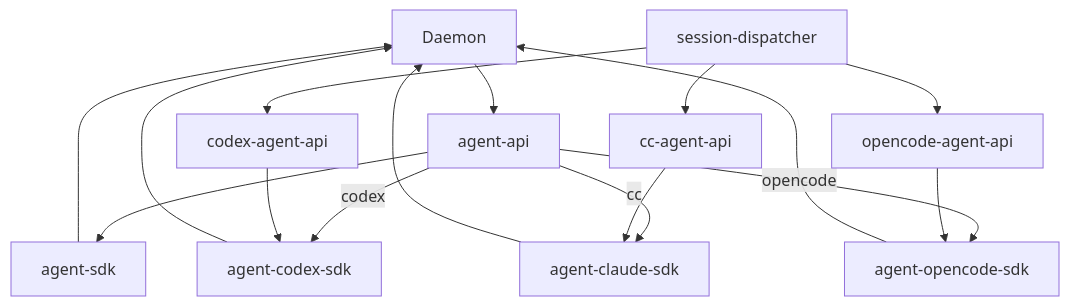
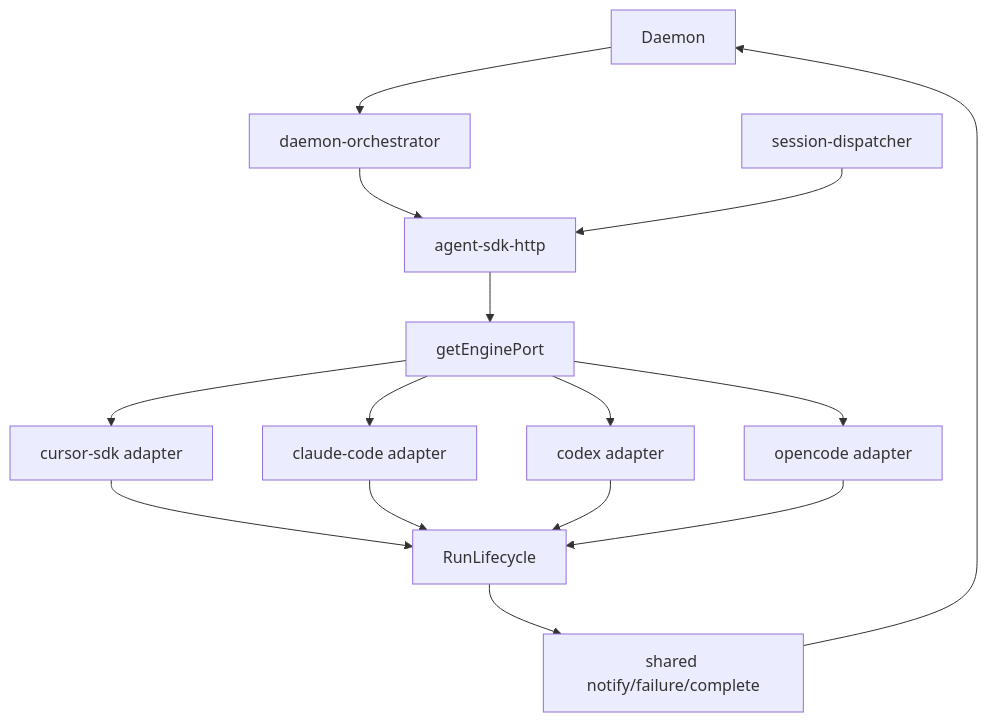
The first of 3 diagrams in knowledge/业务域/Agent调度/01-概览.md (suveng/cursor-claw), drawn with Mermaid before and after one commit. The commit also changed other lines of this file and 61 other files, not shown here.

First line of the commit message:
docs(kb): 归档四引擎 Engine Port/RunLifecycle 抽象，统一终态 notify 与 dispatch 失败 IM

````diff
--- a/knowledge/业务域/Agent调度/01-概览.md
+++ b/knowledge/业务域/Agent调度/01-概览.md
@@ -9,18 +9,14 @@
 ```mermaid
 flowchart TB
-  D[Daemon] --> API[agent-api]
-  API --> SDK[agent-sdk]
-  API -->|codex| CODEX[agent-codex-sdk]
-  API -->|cc| CC[agent-claude-sdk]
-  API -->|opencode| OC[agent-opencode-sdk]
-  CC_API[cc-agent-api] --> CC
-  CODEX_API[codex-agent-api] --> CODEX
-  OC_API[opencode-agent-api] --> OC
-  SD[session-dispatcher] --> CC_API
-  SD --> CODEX_API
-  SD --> OC_API
-  SDK --> D
-  CC --> D
-  CODEX --> D
-  OC --> D
+  D[Daemon] --> Orch[daemon-orchestrator]
+  Orch --> GW[agent-sdk-http]
+  GW --> Reg[getEnginePort]
+  Reg --> P1[cursor-sdk adapter]
+  Reg --> P2[claude-code adapter]
+  Reg --> P3[codex adapter]
+  Reg --> P4[opencode adapter]
+  P1 & P2 & P3 & P4 --> LC[RunLifecycle]
+  LC --> SH[shared notify/failure/complete]
+  SH --> D
+  SD[session-dispatcher] --> GW
 ```
````
